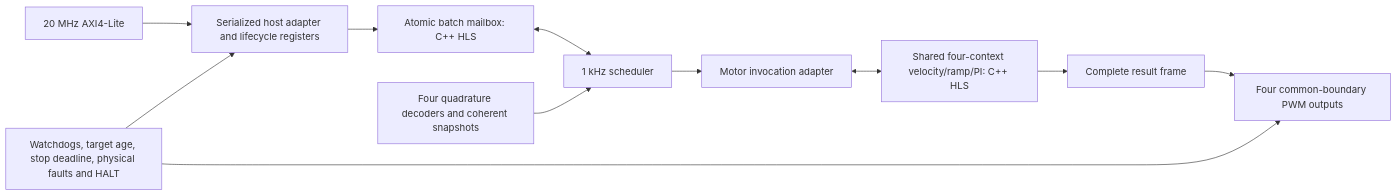
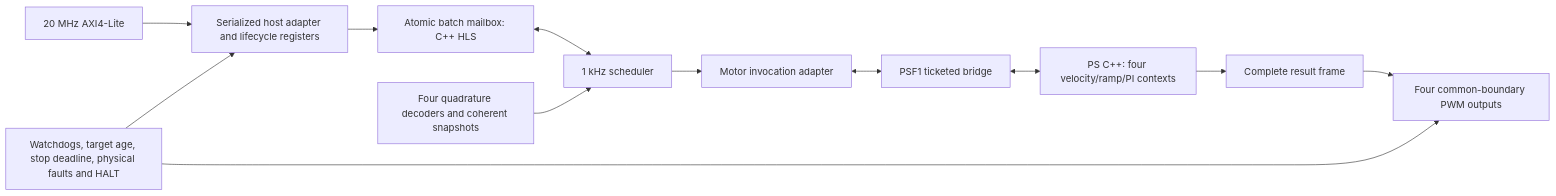
Before and after one commit to rklinkhammer/dmotor: the diagram in docs/controller_axi.md, drawn with Mermaid. The commit also changed other lines of this file and 62 other files, not shown here.

Commit message:
Record matched PSF1 main build and refresh architecture documentation

````diff
--- a/docs/controller_axi.md
+++ b/docs/controller_axi.md
@@ -16,13 +15,14 @@
 ```mermaid
 flowchart LR
     AXI[20 MHz AXI4-Lite] --> HOST[Serialized host adapter and lifecycle registers]
     HOST --> BOX[Atomic batch mailbox: C++ HLS]
     BOX <--> SCHED[1 kHz scheduler]
     SCHED --> ADAPT[Motor invocation adapter]
-    ADAPT <--> ENGINE[Shared four-context velocity/ramp/PI: C++ HLS]
+    ADAPT <--> BRIDGE[PSF1 ticketed bridge]
+    BRIDGE <--> ENGINE[PS C++: four velocity/ramp/PI contexts]
     ENGINE --> BANK[Complete result frame]
     BANK --> PWM[Four common-boundary PWM outputs]
     ENC[Four quadrature decoders and coherent snapshots] --> SCHED
     PROTECT[Watchdogs, target age, stop deadline, physical faults and HALT] --> PWM
     PROTECT --> HOST
 ```
````
